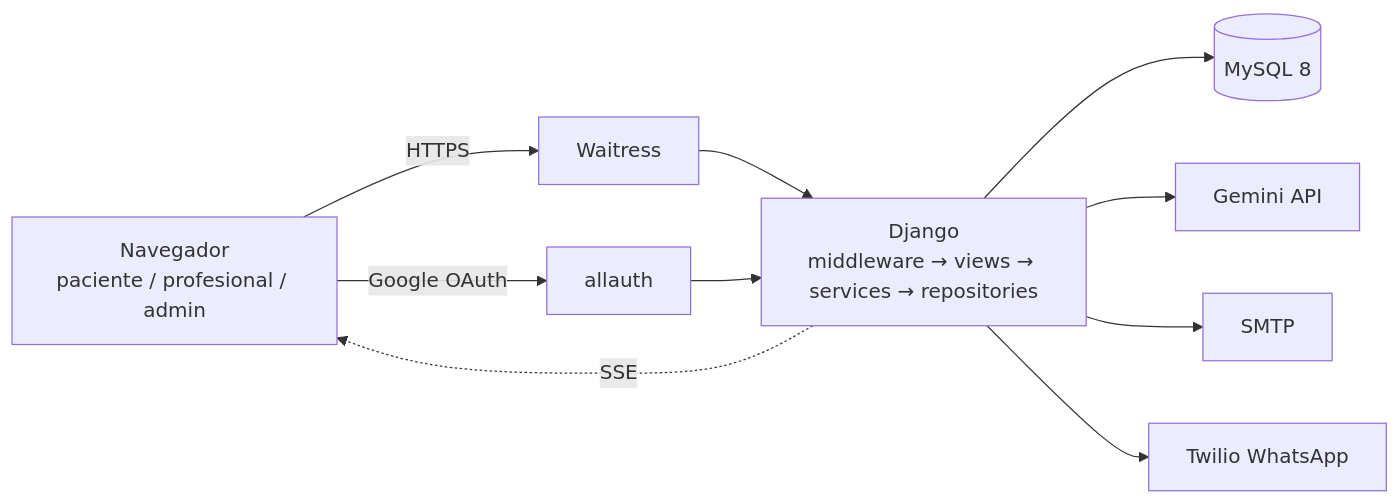
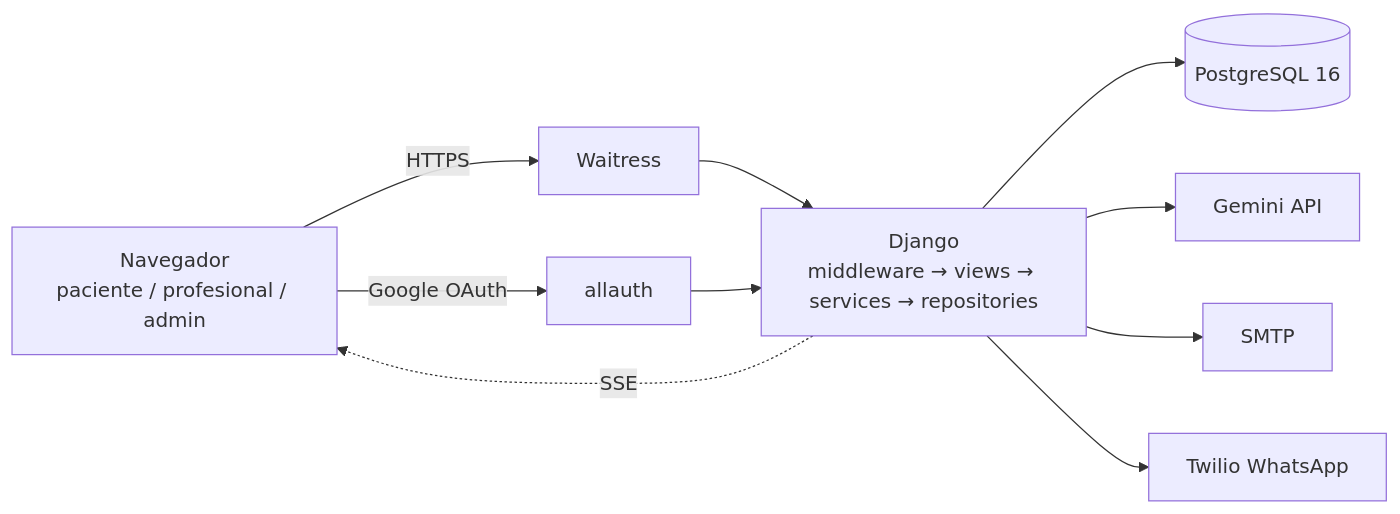
One commit to ArleyRojo/PsyAI-Connect changed the first of 5 diagrams in docs/architecture.md. Above: the diagram before and after it, drawn with Mermaid. The commit also changed other lines of this file and 3 other files, not shown here.

Commit message:
docs: actualizar a PostgreSQL 16 en README, despliegue, arquitectura y testing (Fase 6)

````diff
--- a/docs/architecture.md
+++ b/docs/architecture.md
@@ -19,12 +19,12 @@
 ```mermaid
 flowchart LR
     U[Navegador<br/>paciente / profesional / admin] -->|HTTPS| W[Waitress]
     W --> D[Django<br/>middleware → views → services → repositories]
-    D --> DB[(MySQL 8)]
+    D --> DB[(PostgreSQL 16)]
     D --> G[Gemini API]
     D --> M[SMTP]
     D --> T[Twilio WhatsApp]
     U -->|Google OAuth| A[allauth]
     A --> D
     D -.->|SSE| U
 ```
````
